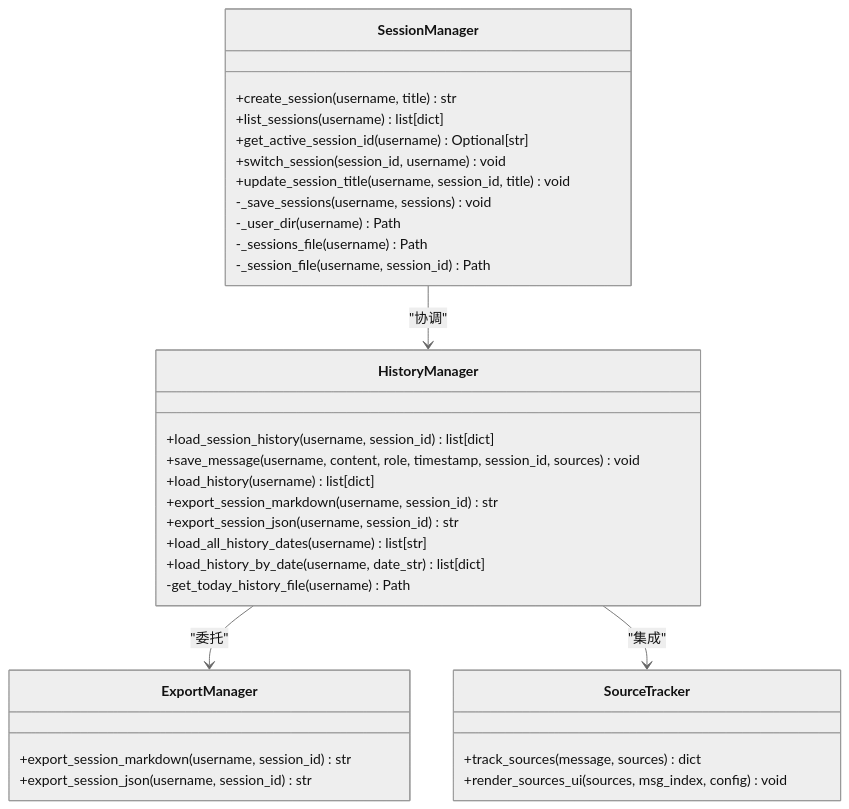
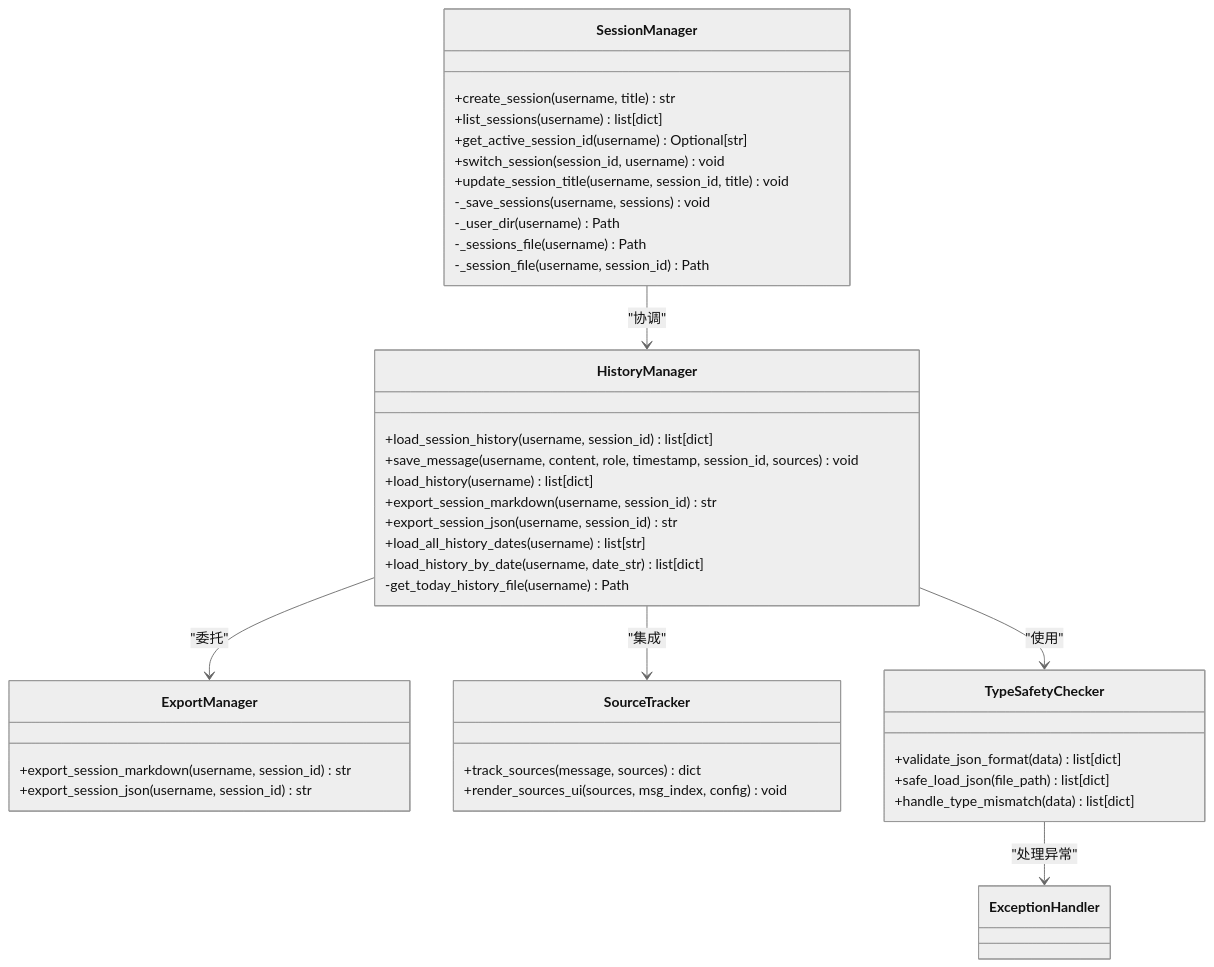
The third of 10 diagrams in .qoder/repowiki/zh/content/业务服务层/会话历史管理.md (joyafa/knowledge), drawn with Mermaid (neutral theme) before and after one commit. The commit also changed other lines of this file and 5 other files, not shown here.

````diff
--- a/.qoder/repowiki/zh/content/业务服务层/会话历史管理.md
+++ b/.qoder/repowiki/zh/content/业务服务层/会话历史管理.md
@@ -174,35 +180,42 @@
 ```mermaid
 classDiagram
 class SessionManager {
 +create_session(username, title) str
 +list_sessions(username) list[dict]
 +get_active_session_id(username) Optional[str]
 +switch_session(session_id, username) void
 +update_session_title(username, session_id, title) void
 -_save_sessions(username, sessions) void
 -_user_dir(username) Path
 -_sessions_file(username) Path
 -_session_file(username, session_id) Path
 }
 class HistoryManager {
 +load_session_history(username, session_id) list[dict]
 +save_message(username, content, role, timestamp, session_id, sources) void
 +load_history(username) list[dict]
 +export_session_markdown(username, session_id) str
 +export_session_json(username, session_id) str
 +load_all_history_dates(username) list[str]
 +load_history_by_date(username, date_str) list[dict]
 -get_today_history_file(username) Path
 }
 class ExportManager {
 +export_session_markdown(username, session_id) str
 +export_session_json(username, session_id) str
 }
 class SourceTracker {
 +track_sources(message, sources) dict
 +render_sources_ui(sources, msg_index, config) void
 }
+class TypeSafetyChecker {
++validate_json_format(data) list[dict]
++safe_load_json(file_path) list[dict]
++handle_type_mismatch(data) list[dict]
+}
 SessionManager --> HistoryManager : "协调"
 HistoryManager --> ExportManager : "委托"
 HistoryManager --> SourceTracker : "集成"
+HistoryManager --> TypeSafetyChecker : "使用"
+TypeSafetyChecker --> ExceptionHandler : "处理异常"
 ```
````
